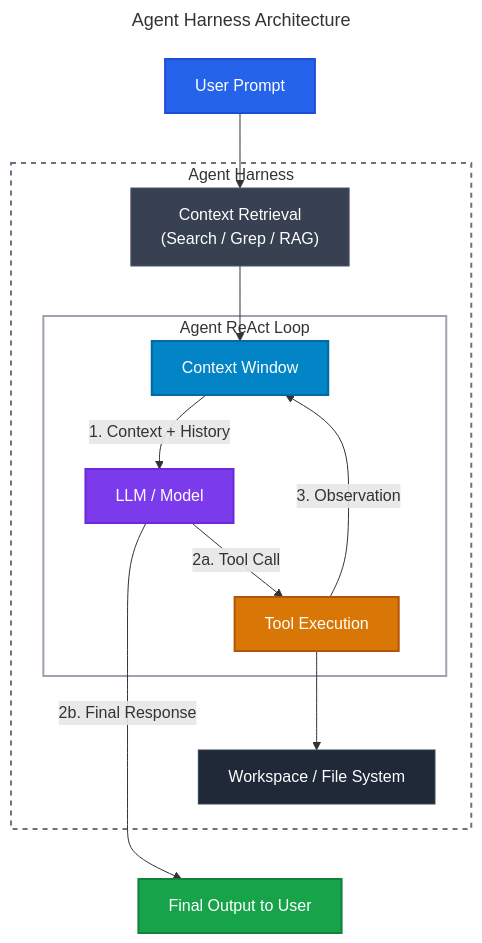
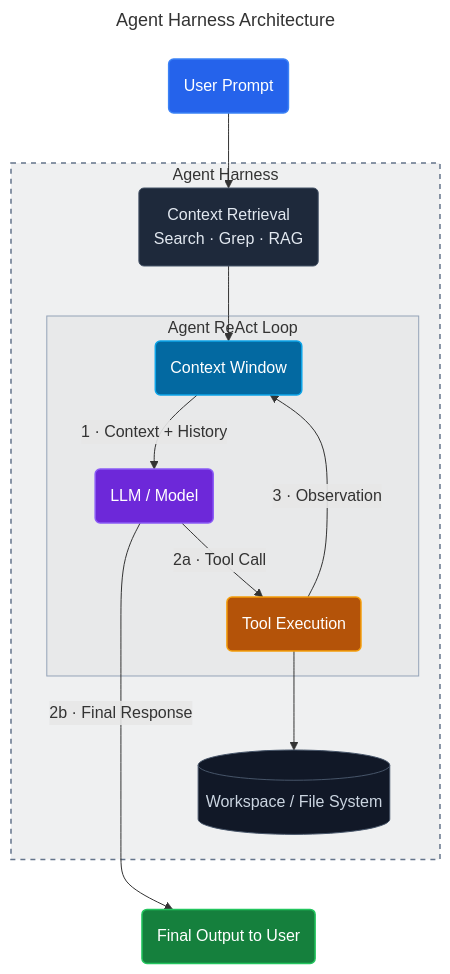
One commit to amir0ff/amir0ff changed the diagram in README.md. Above: the diagram before and after it, drawn with Mermaid.

````diff
--- a/README.md
+++ b/README.md
@@ -13,34 +13,49 @@
 ```mermaid
 ---
 title: Agent Harness Architecture
 ---
 graph TD
-    User["User Prompt"] --> RAG
+    User("User Prompt") --> RAG
 
     subgraph Harness["Agent Harness"]
-        RAG["Context Retrieval<br/>(Search / Grep / RAG)"] --> CW
-        
+        RAG("Context Retrieval<br/>Search · Grep · RAG") --> CW
+
         subgraph Loop["Agent ReAct Loop"]
-            CW["Context Window"] -->|"1. Context + History"| LLM["LLM / Model"]
-            LLM -->|"2a. Tool Call"| TE["Tool Execution"]
-            TE -->|"3. Observation"| CW
+            CW("Context Window")
+            LLM("LLM / Model")
+            TE("Tool Execution")
+
+            CW -->|"1 · Context + History"| LLM
+            LLM -->|"2a · Tool Call"| TE
+            TE -->|"3 · Observation"| CW
         end
 
-        TE --> WorkSpace["Workspace / File System"]
+        TE --> WorkSpace[("Workspace / File System")]
     end
 
-    %% The lengthened arrow (---->) forces FinalAnswer down multiple ranks %%
-    LLM ---->|"2b. Final Response"| FinalAnswer["Final Output to User"]
+    %% Lengthened arrow keeps final output visually separated
+    LLM ---->|"2b · Final Response"| FinalAnswer("Final Output to User")
     WorkSpace ~~~ FinalAnswer
 
-    %% Explicit Color Styles %%
-    style User fill:#2563eb,stroke:#1d4ed8,color:#ffffff,stroke-width:2px
-    style FinalAnswer fill:#16a34a,stroke:#15803d,color:#ffffff,stroke-width:2px
-    style LLM fill:#7c3aed,stroke:#6d28d9,color:#ffffff,stroke-width:2px
-    style CW fill:#0284c7,stroke:#0369a1,color:#ffffff,stroke-width:2px
-    style TE fill:#d97706,stroke:#b45309,color:#ffffff,stroke-width:2px
-    style RAG fill:#374151,stroke:#4b5563,color:#ffffff,stroke-width:1px
-    style WorkSpace fill:#1f2937,stroke:#374151,color:#ffffff,stroke-width:1px
-    style Harness fill:none,stroke:#6b7280,stroke-width:2px,stroke-dasharray: 5 5
-    style Loop fill:none,stroke:#9ca3af,stroke-width:2px
+    %% Node styles
+    classDef input fill:#2563eb,stroke:#3b82f6,color:#ffffff,stroke-width:1.5px
+    classDef context fill:#0369a1,stroke:#0ea5e9,color:#ffffff,stroke-width:1.5px
+    classDef model fill:#6d28d9,stroke:#8b5cf6,color:#ffffff,stroke-width:1.5px
+    classDef tool fill:#b45309,stroke:#f59e0b,color:#ffffff,stroke-width:1.5px
+    classDef retrieval fill:#1e293b,stroke:#475569,color:#e2e8f0,stroke-width:1px
+    classDef storage fill:#111827,stroke:#475569,color:#cbd5e1,stroke-width:1px
+    classDef output fill:#15803d,stroke:#22c55e,color:#ffffff,stroke-width:1.5px
+
+    %% Apply node styles
+    class User input
+    class RAG retrieval
+    class CW context
+    class LLM model
+    class TE tool
+    class WorkSpace storage
+    class FinalAnswer output
+
+    %% Container styles
+    style Harness fill:#0f172a10,stroke:#64748b,stroke-width:1.5px,stroke-dasharray:5 5
+    style Loop fill:#0f172a08,stroke:#94a3b8,stroke-width:1px
 ```
````
